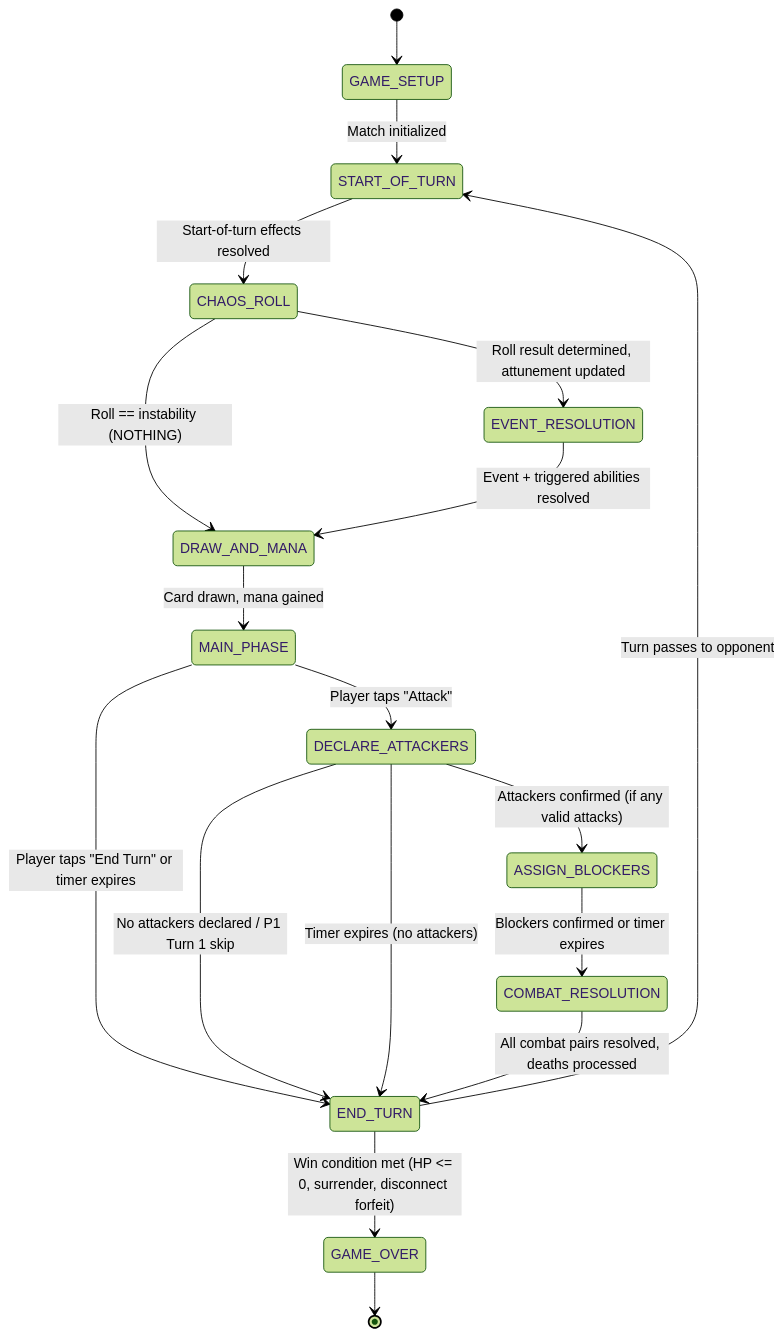
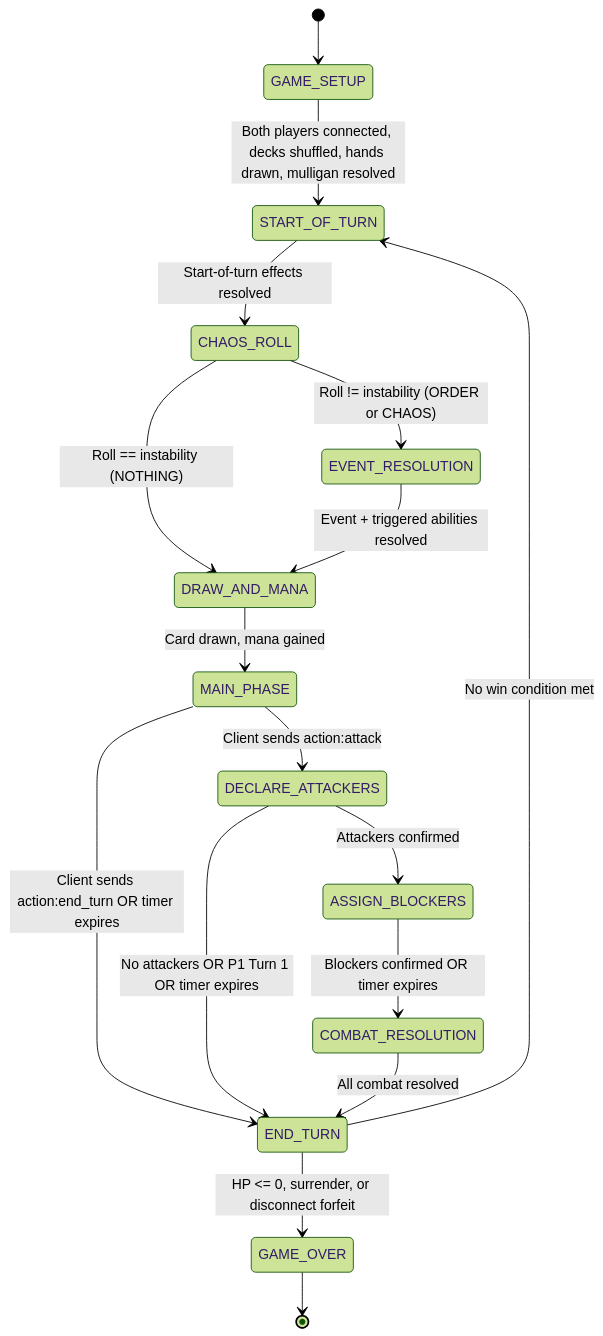
The third of 3 diagrams in docs/design/06-technical-architecture.md (asa7388/chaos-creatures), drawn with Mermaid (forest theme) before and after one commit. The commit also changed other lines of this file and 15 other files, not shown here.

````diff
--- a/docs/design/06-technical-architecture.md
+++ b/docs/design/06-technical-architecture.md
@@ -356,31 +1079,30 @@
 ```mermaid
 stateDiagram-v2
     [*] --> GAME_SETUP
 
-    GAME_SETUP --> START_OF_TURN : Match initialized
+    GAME_SETUP --> START_OF_TURN : Both players connected, decks shuffled, hands drawn, mulligan resolved
 
     START_OF_TURN --> CHAOS_ROLL : Start-of-turn effects resolved
 
-    CHAOS_ROLL --> EVENT_RESOLUTION : Roll result determined, attunement updated
+    CHAOS_ROLL --> EVENT_RESOLUTION : Roll != instability (ORDER or CHAOS)
     CHAOS_ROLL --> DRAW_AND_MANA : Roll == instability (NOTHING)
 
     EVENT_RESOLUTION --> DRAW_AND_MANA : Event + triggered abilities resolved
 
     DRAW_AND_MANA --> MAIN_PHASE : Card drawn, mana gained
 
-    MAIN_PHASE --> DECLARE_ATTACKERS : Player taps "Attack"
-    MAIN_PHASE --> END_TURN : Player taps "End Turn" or timer expires
+    MAIN_PHASE --> DECLARE_ATTACKERS : Client sends action:attack
+    MAIN_PHASE --> END_TURN : Client sends action:end_turn OR timer expires
 
-    DECLARE_ATTACKERS --> ASSIGN_BLOCKERS : Attackers confirmed (if any valid attacks)
-    DECLARE_ATTACKERS --> END_TURN : No attackers declared / P1 Turn 1 skip
-    DECLARE_ATTACKERS --> END_TURN : Timer expires (no attackers)
+    DECLARE_ATTACKERS --> ASSIGN_BLOCKERS : Attackers confirmed
+    DECLARE_ATTACKERS --> END_TURN : No attackers OR P1 Turn 1 OR timer expires
 
-    ASSIGN_BLOCKERS --> COMBAT_RESOLUTION : Blockers confirmed or timer expires
+    ASSIGN_BLOCKERS --> COMBAT_RESOLUTION : Blockers confirmed OR timer expires
 
-    COMBAT_RESOLUTION --> END_TURN : All combat pairs resolved, deaths processed
+    COMBAT_RESOLUTION --> END_TURN : All combat resolved
 
-    END_TURN --> START_OF_TURN : Turn passes to opponent
-    END_TURN --> GAME_OVER : Win condition met (HP <= 0, surrender, disconnect forfeit)
+    END_TURN --> START_OF_TURN : No win condition met
+    END_TURN --> GAME_OVER : HP <= 0, surrender, or disconnect forfeit
 
     GAME_OVER --> [*]
 ```
````
